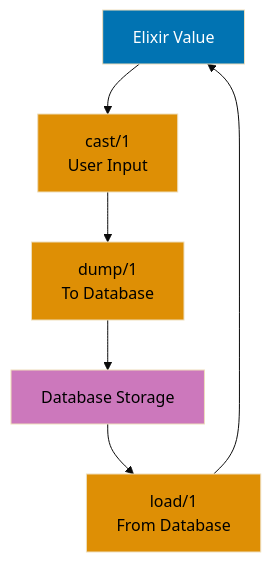
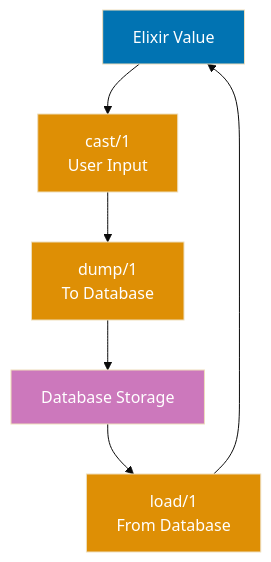
One commit to wahidyankf/open-sharia-enterprise changed the third of 12 diagrams in apps/ayokoding-web/content/en/learn/software-engineering/data/tools/elixir-ecto/by-example/advanced.md. Above: the diagram before and after it, drawn with Mermaid (base theme). The commit also changed other lines of this file and 61 other files, not shown here.

First line of the commit message:
fix(ayokoding-web): quote Mermaid node labels with special characters in Example 63

````diff
--- a/apps/ayokoding-web/content/en/learn/software-engineering/data/tools/elixir-ecto/by-example/advanced.md
+++ b/apps/ayokoding-web/content/en/learn/software-engineering/data/tools/elixir-ecto/by-example/advanced.md
@@ -281,16 +281,16 @@
 ```mermaid
 %% Color Palette: Blue #0173B2, Orange #DE8F05, Teal #029E73, Purple #CC78BC, Brown #CA9161
 %%  Ecto.Type Conversion Cycle
 graph TD
     A[Elixir Value] --> B[cast/1<br/>User Input]
     B --> C[dump/1<br/>To Database]
     C --> D[Database Storage]
     D --> E[load/1<br/>From Database]
     E --> A
 
     style A fill:#0173B2,color:#fff
-    style B fill:#DE8F05,color:#000
-    style C fill:#DE8F05,color:#000
-    style D fill:#CC78BC,color:#000
-    style E fill:#DE8F05,color:#000
+    style B fill:#DE8F05,color:#fff
+    style C fill:#DE8F05,color:#fff
+    style D fill:#CC78BC,color:#fff
+    style E fill:#DE8F05,color:#fff
 ```
````
